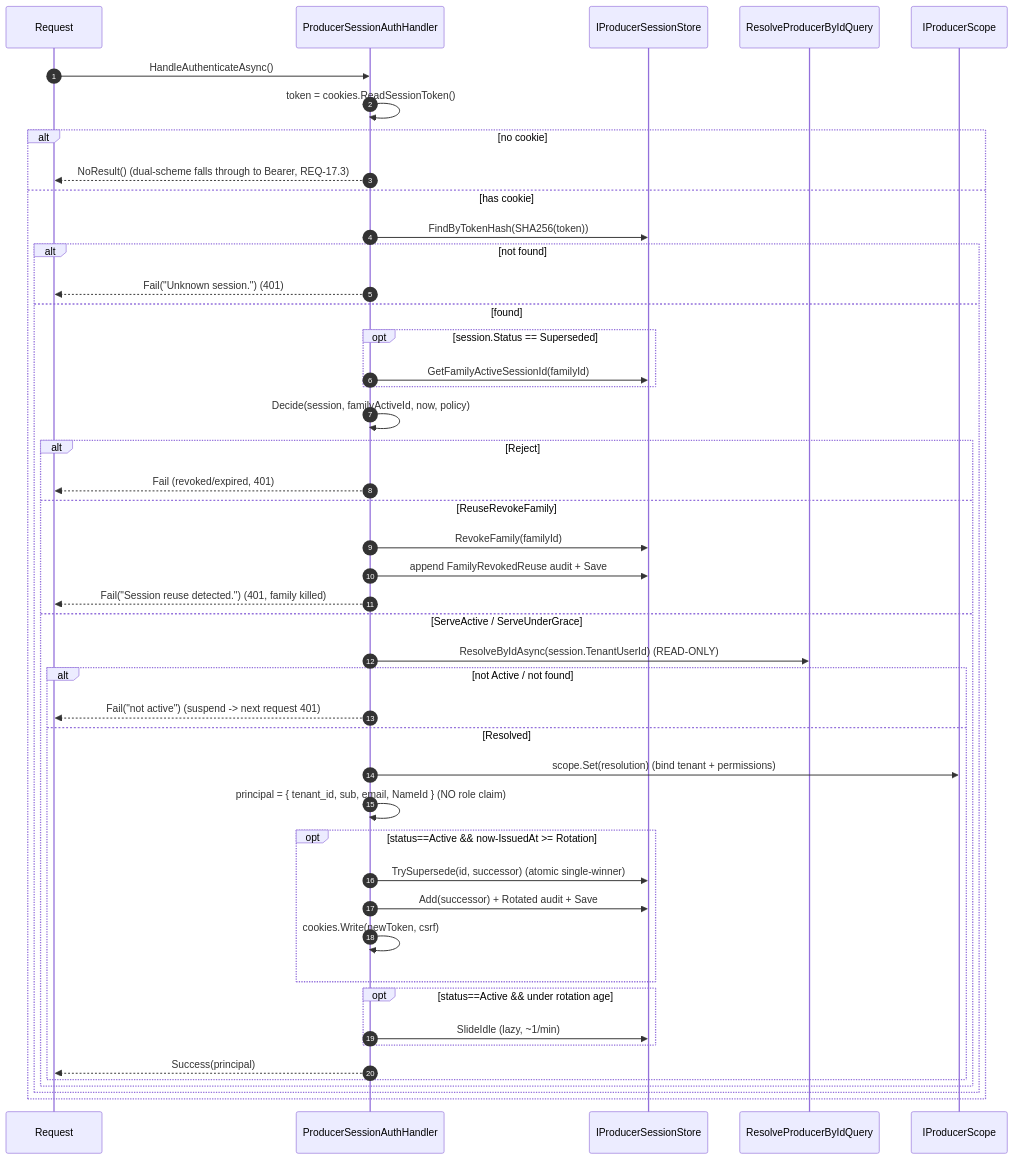
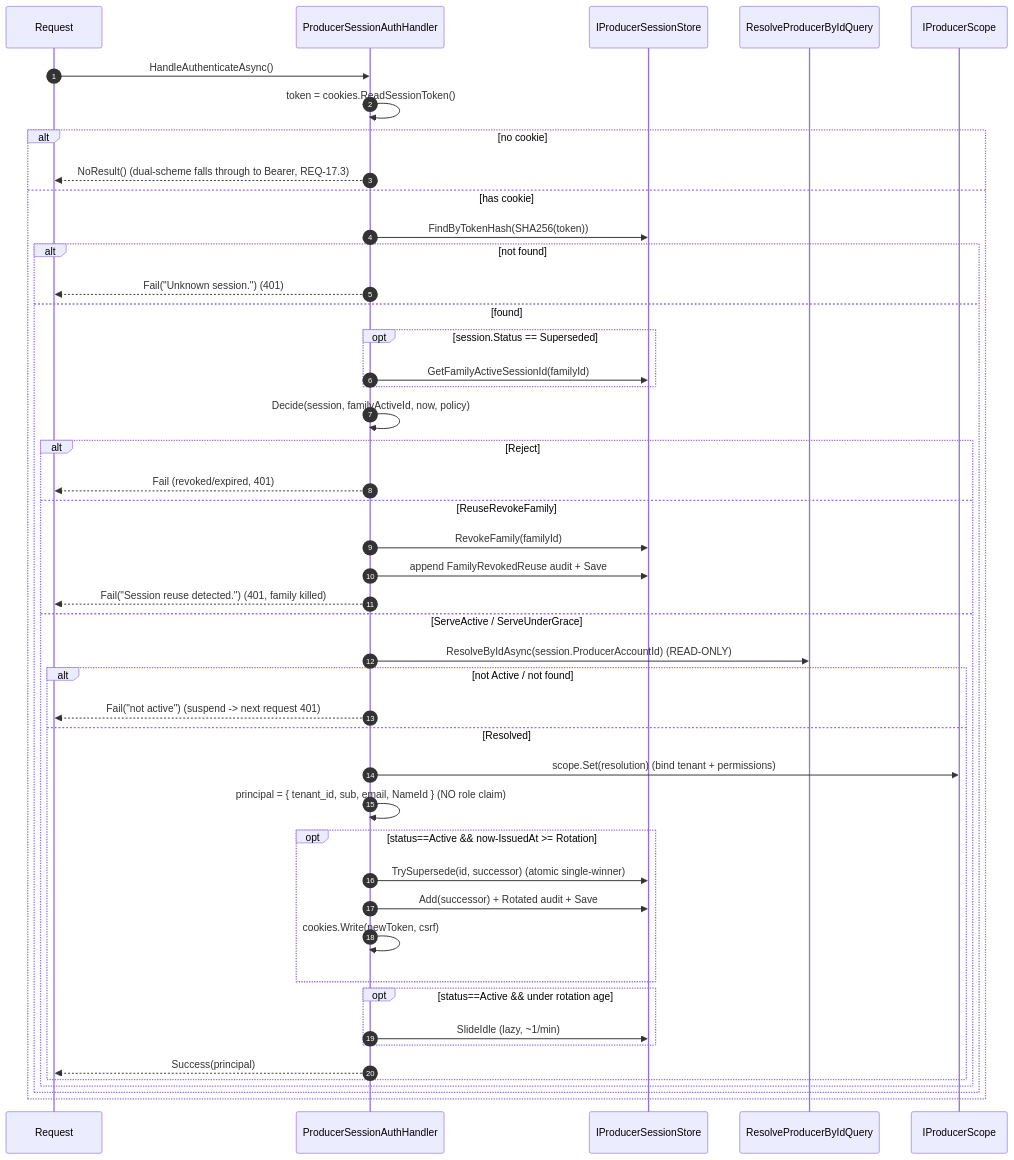
One commit to metrodiesign/pol-core changed the third of 7 diagrams in docs/reference/producer-google-sso.md. Above: the diagram before and after it, drawn with Mermaid. The commit also changed other lines of this file and 42 other files, not shown here.

First line of the commit message:
refactor(producer): reshape account to control-plane (Admin parity)

````diff
--- a/docs/reference/producer-google-sso.md
+++ b/docs/reference/producer-google-sso.md
@@ -240,49 +247,49 @@
 ```mermaid
 sequenceDiagram
     autonumber
     participant R as Request
     participant H as ProducerSessionAuthHandler
     participant S as IProducerSessionStore
     participant RV as ResolveProducerByIdQuery
     participant SC as IProducerScope
 
     R->>H: HandleAuthenticateAsync()
     H->>H: token = cookies.ReadSessionToken()
     alt no cookie
         H-->>R: NoResult()  (dual-scheme falls through to Bearer, REQ-17.3)
     else has cookie
         H->>S: FindByTokenHash(SHA256(token))
         alt not found
             H-->>R: Fail("Unknown session.")  (401)
         else found
             opt session.Status == Superseded
                 H->>S: GetFamilyActiveSessionId(familyId)
             end
             H->>H: Decide(session, familyActiveId, now, policy)
             alt Reject
                 H-->>R: Fail (revoked/expired, 401)
             else ReuseRevokeFamily
                 H->>S: RevokeFamily(familyId)
                 H->>S: append FamilyRevokedReuse audit + Save
                 H-->>R: Fail("Session reuse detected.")  (401, family killed)
             else ServeActive / ServeUnderGrace
-                H->>RV: ResolveByIdAsync(session.TenantUserId)  (READ-ONLY)
+                H->>RV: ResolveByIdAsync(session.ProducerAccountId)  (READ-ONLY)
                 alt not Active / not found
                     H-->>R: Fail("not active")  (suspend -> next request 401)
                 else Resolved
                     H->>SC: scope.Set(resolution)  (bind tenant + permissions)
                     H->>H: principal = { tenant_id, sub, email, NameId } (NO role claim)
                     opt status==Active && now-IssuedAt >= Rotation
                         H->>S: TrySupersede(id, successor)  (atomic single-winner)
                         H->>S: Add(successor) + Rotated audit + Save
                         H->>H: cookies.Write(newToken, csrf)
                     end
                     opt status==Active && under rotation age
                         H->>S: SlideIdle (lazy, ~1/min)
                     end
                     H-->>R: Success(principal)
                 end
             end
         end
     end
 ```
````
